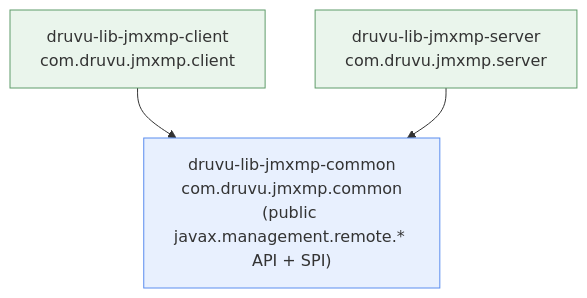
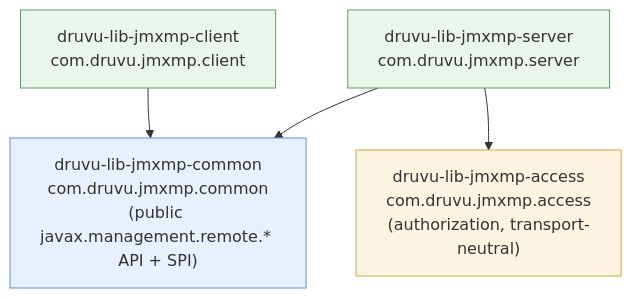
One commit to DenissLarka/druvu-lib-jmxmp changed the diagram in README.md. Above: the diagram before and after it, drawn with Mermaid. The commit also changed other lines of this file and 140 other files, not shown here.

Commit message:
client-server further split + access module + utils rework

````diff
--- a/README.md
+++ b/README.md
@@ -84,11 +84,14 @@
 ```mermaid
 graph TD
     client["druvu-lib-jmxmp-client<br/>com.druvu.jmxmp.client"]
     server["druvu-lib-jmxmp-server<br/>com.druvu.jmxmp.server"]
     common["druvu-lib-jmxmp-common<br/>com.druvu.jmxmp.common<br/>(public javax.management.remote.* API + SPI)"]
+    access["druvu-lib-jmxmp-access<br/>com.druvu.jmxmp.access<br/>(authorization, transport-neutral)"]
     client --> common
     server --> common
+    server --> access
     style common fill:#e8f0fe,stroke:#5b8def
+    style access fill:#fdf3e1,stroke:#d9a441
     style client fill:#eaf5ec,stroke:#5f9c6a
     style server fill:#eaf5ec,stroke:#5f9c6a
 ```
````
